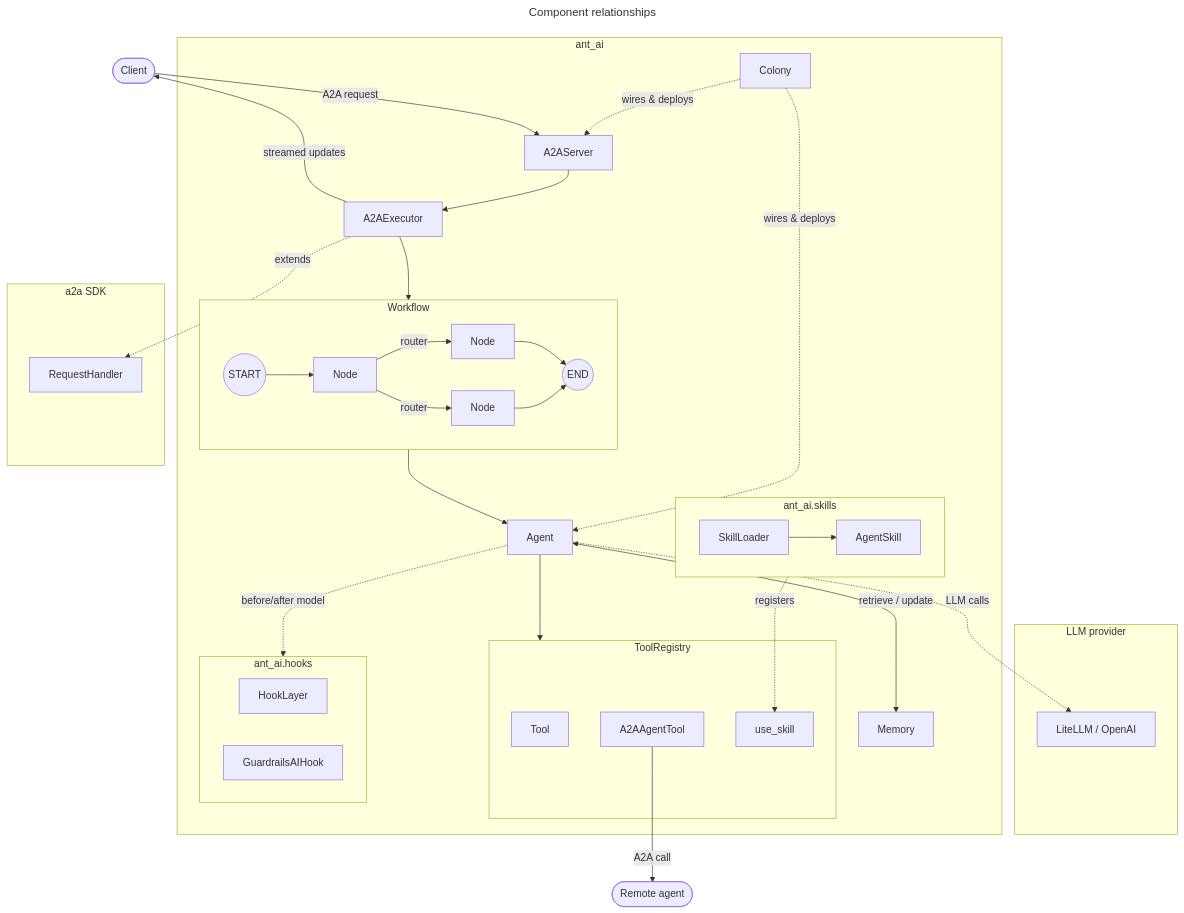
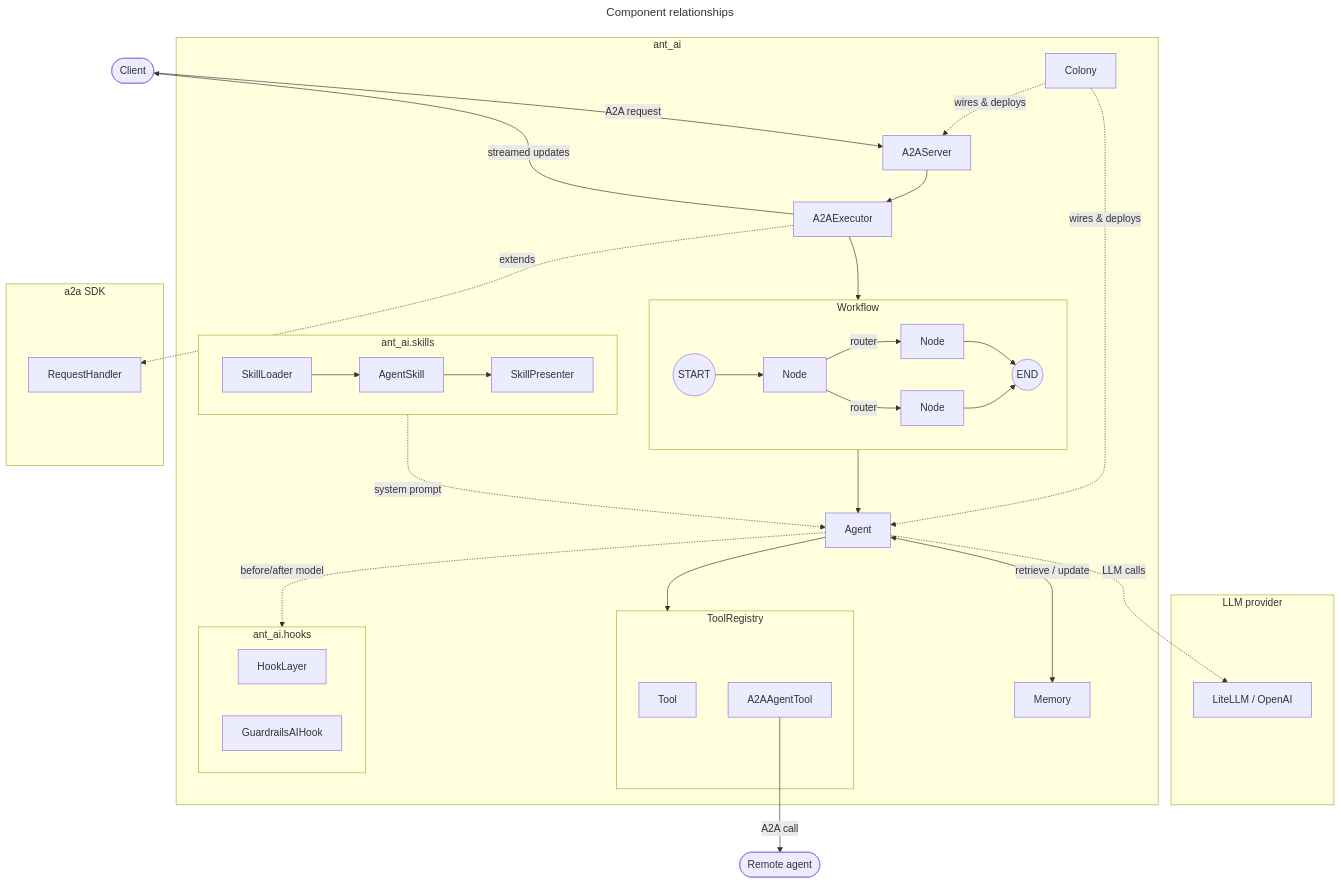
The first of 2 diagrams in docs/docs/architecture/index.md (idea-idsia/ant-ai), drawn with Mermaid before and after one commit. The commit also changed other lines of this file, not shown here.

Commit message:
docs(architecture): update skills table and diagram for SkillPresenter refactor
Replaces use_skill tool references with SkillPresenter abstraction and updates the flowchart to show system-prompt injection instead of tool registration.

````diff
--- a/docs/docs/architecture/index.md
+++ b/docs/docs/architecture/index.md
@@ -25,65 +25,65 @@
 ```mermaid
 ---
 title: Component relationships
 ---
 flowchart TD
     Client(["Client"])
     Remote(["Remote agent"])
 
     subgraph ext_llm["LLM provider"]
         LLM["LiteLLM / OpenAI"]
     end
 
     subgraph hm["ant_ai"]
         Colony["Colony"]
         A2AS["A2AServer"]
         Exec["A2AExecutor"]
         Agent["Agent"]
         Memory["Memory"]
 
         subgraph reg["ToolRegistry"]
             Tool["Tool"]
             A2AT["A2AAgentTool"]
-            SkillTool["use_skill"]
         end
 
         subgraph wf["Workflow"]
             direction LR
             S(("START")) --> N1["Node"]
             N1 -->|router| N2["Node"]
             N1 -->|router| N3["Node"]
             N2 --> E(("END"))
             N3 --> E
         end
 
         subgraph skills["ant_ai.skills"]
             direction LR
             SkillLoader["SkillLoader"] --> AgentSkill["AgentSkill"]
+            AgentSkill --> SkillPresenter["SkillPresenter"]
         end
 
         subgraph hooks_sub["ant_ai.hooks"]
             HookLayer["HookLayer"]
             GuardrailsHook["GuardrailsAIHook"]
         end
 
         Colony -.->|"wires & deploys"| A2AS
         Colony -.->|"wires & deploys"| Agent
         A2AS --> Exec
         Exec --> wf
         wf --> Agent
         Agent --> reg
-        AgentSkill -.->|"registers"| SkillTool
+        SkillPresenter -.->|"system prompt"| Agent
         Agent <-->|"retrieve / update"| Memory
         Agent -.->|"before/after model"| hooks_sub
     end
 
     subgraph ext_a2a["a2a SDK"]
         SDK["RequestHandler"]
     end
 
     Client -->|"A2A request"| A2AS
     Exec -.->|"extends"| SDK
     Agent -.->|"LLM calls"| LLM
     A2AT -->|"A2A call"| Remote
     Exec -->|"streamed updates"| Client
 ```
````
